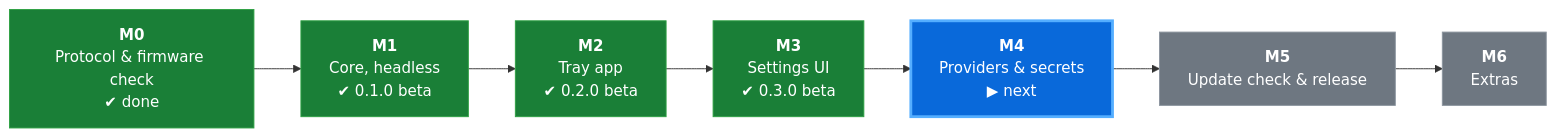
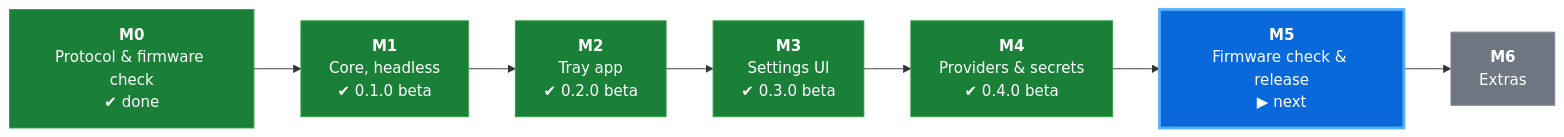
The diagram in apps/nd104-sync/README.md (MrUrdam/chilkey_nd104_utilities), drawn with Mermaid before and after one commit. The commit also changed other lines of this file and 21 other files, not shown here.

````diff
--- a/apps/nd104-sync/README.md
+++ b/apps/nd104-sync/README.md
@@ -473,15 +487,15 @@
 ```mermaid
 flowchart LR
     M0["<b>M0</b><br/>Protocol &amp; firmware check<br/>✔ done"]:::done
     M1["<b>M1</b><br/>Core, headless<br/>✔ 0.1.0 beta"]:::done
     M2["<b>M2</b><br/>Tray app<br/>✔ 0.2.0 beta"]:::done
     M3["<b>M3</b><br/>Settings UI<br/>✔ 0.3.0 beta"]:::done
-    M4["<b>M4</b><br/>Providers &amp; secrets<br/>▶ next"]:::current
-    M5["<b>M5</b><br/>Update check &amp; release"]:::todo
+    M4["<b>M4</b><br/>Providers &amp; secrets<br/>✔ 0.4.0 beta"]:::done
+    M5["<b>M5</b><br/>Firmware check &amp; release<br/>▶ next"]:::current
     M6["<b>M6</b><br/>Extras"]:::todo
     M0 --> M1 --> M2 --> M3 --> M4 --> M5 --> M6
 
     classDef done fill:#1a7f37,stroke:#2ea043,color:#ffffff
     classDef current fill:#0969da,stroke:#54aeff,color:#ffffff,stroke-width:3px
     classDef todo fill:#6e7781,stroke:#8c959f,color:#ffffff
 ```
````
